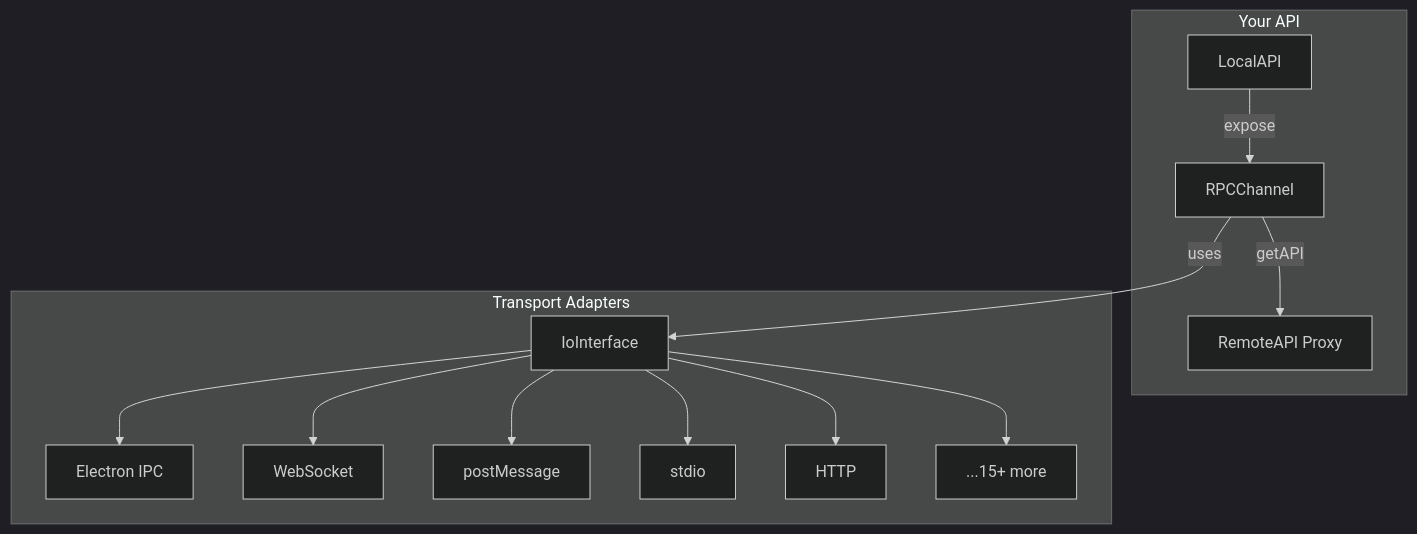
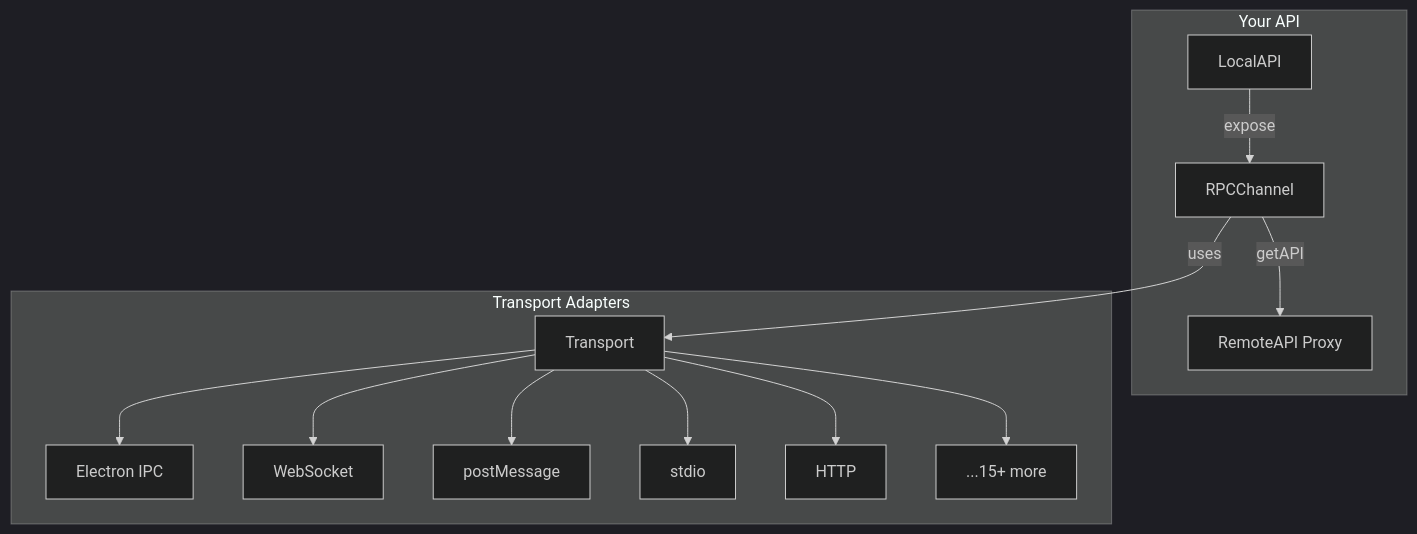
Before and after one commit to kunkunsh/kkrpc: the diagram in packages/slidev/pages/architecture.md, drawn with Mermaid (dark theme). The commit also changed other lines of this file and 359 other files, not shown here.

````diff
--- a/packages/slidev/pages/architecture.md
+++ b/packages/slidev/pages/architecture.md
@@ -7,18 +7,18 @@
 ```mermaid {scale: 0.6}
 graph TB
     subgraph "Your API"
         A[LocalAPI] -->|expose| B[RPCChannel]
         B -->|getAPI| C[RemoteAPI Proxy]
     end
 
-    B -->|uses| D[IoInterface]
+    B -->|uses| D[Transport]
 
     subgraph "Transport Adapters"
         D --> E[Electron IPC]
         D --> F[WebSocket]
         D --> G[postMessage]
         D --> H[stdio]
         D --> I[HTTP]
         D --> J[...15+ more]
     end
 ```
````
